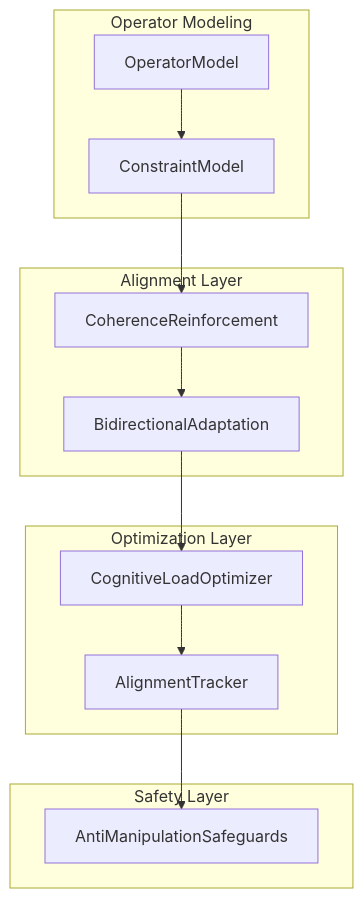
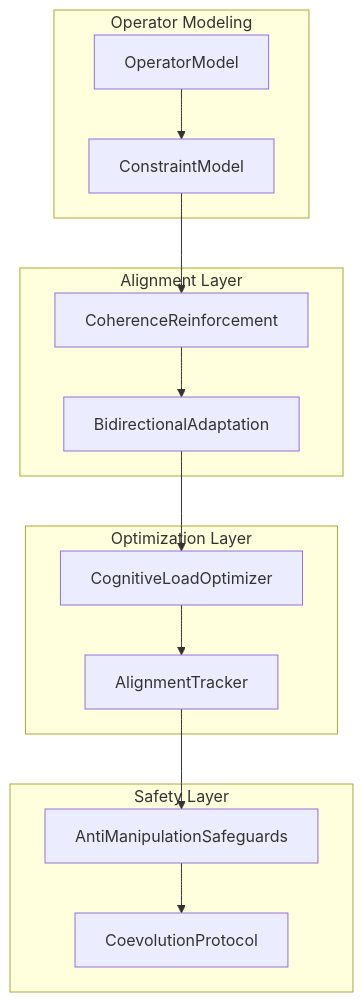
One commit to dabiggestpoppa/larger-lab changed the ninth of 10 diagrams in system-arch/03-srra-topology.md. Above: the diagram before and after it, drawn with Mermaid. The commit also changed other lines of this file and 806 other files, not shown here.

Commit message:
Phase 8 Coevolution complete: 8 modules, 76 tests passing, architecture docs updated

````diff
--- a/system-arch/03-srra-topology.md
+++ b/system-arch/03-srra-topology.md
@@ -273,28 +273,30 @@
 ```mermaid
 graph TB
     subgraph "Operator Modeling"
         OM[OperatorModel]
         CM[ConstraintModel]
     end
 
     subgraph "Alignment Layer"
         CR[CoherenceReinforcement]
         BA[BidirectionalAdaptation]
     end
 
     subgraph "Optimization Layer"
         CLO[CognitiveLoadOptimizer]
         AT[AlignmentTracker]
     end
 
     subgraph "Safety Layer"
         AMS[AntiManipulationSafeguards]
+        CP[CoevolutionProtocol]
     end
 
     OM --> CM
     CM --> CR
     CR --> BA
     BA --> CLO
     CLO --> AT
     AT --> AMS
+    AMS --> CP
 ```
````
